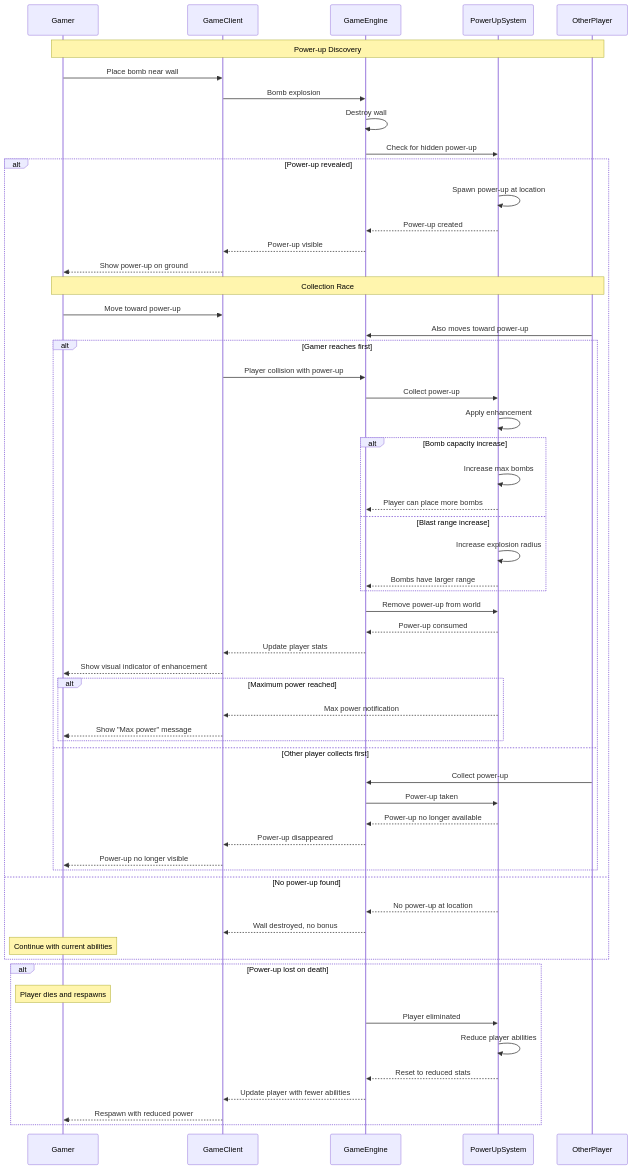
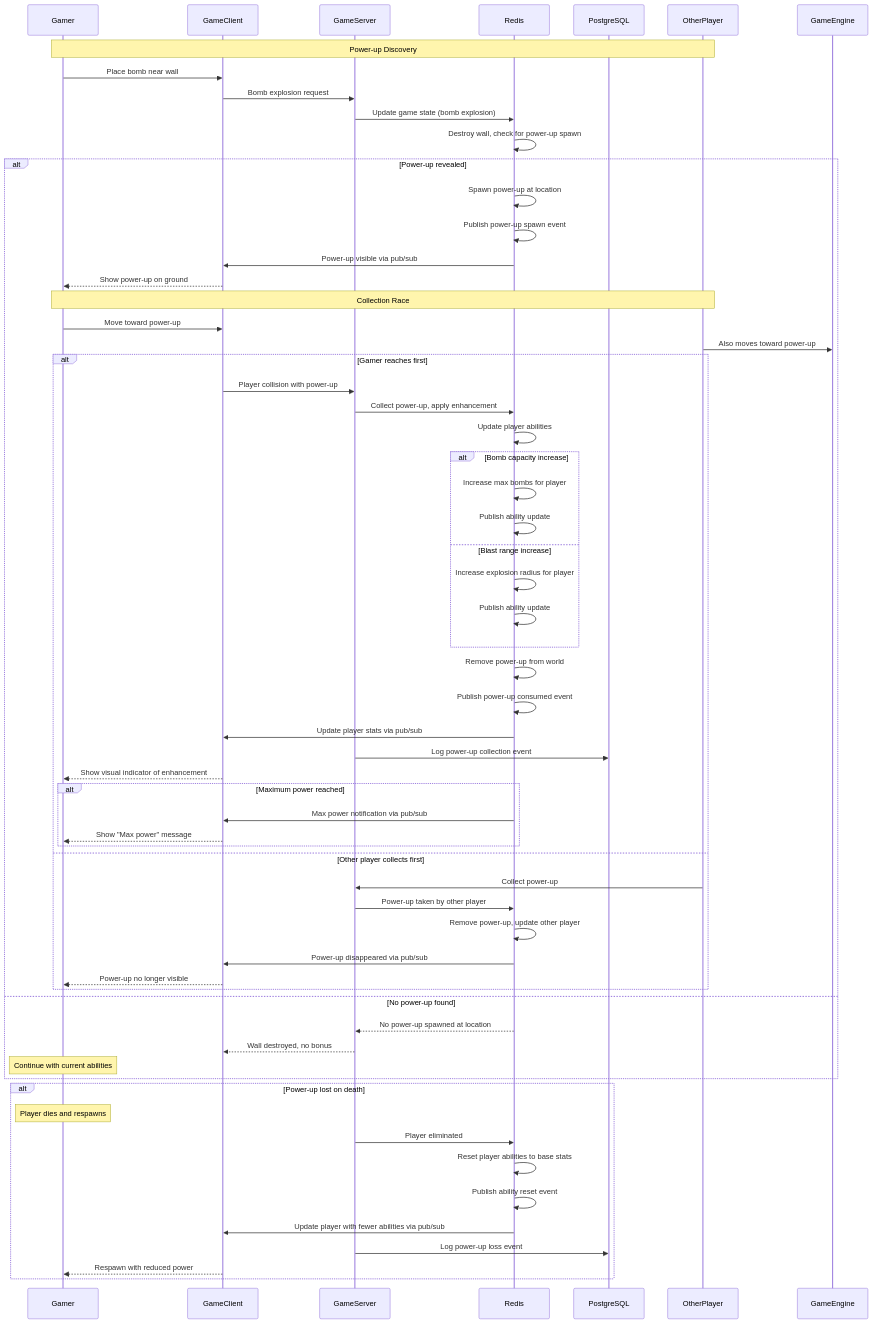
One commit to alexmakeev/bomberman changed the diagram in docs/sequence-diagrams/gamer/uc-g008-collect-power-ups.md. Above: the diagram before and after it, drawn with Mermaid. The commit also changed 25 other files, not shown here.

First line of the commit message:
Implement unified event system architecture for maximum code reuse

````diff
--- a/docs/sequence-diagrams/gamer/uc-g008-collect-power-ups.md
+++ b/docs/sequence-diagrams/gamer/uc-g008-collect-power-ups.md
@@ -3,68 +3,71 @@
 ```mermaid
 sequenceDiagram
     participant Gamer
     participant GameClient
-    participant GameEngine
-    participant PowerUpSystem
+    participant GameServer
+    participant Redis
+    participant PostgreSQL
     participant OtherPlayer
 
     Note over Gamer,OtherPlayer: Power-up Discovery
     Gamer->>GameClient: Place bomb near wall
-    GameClient->>GameEngine: Bomb explosion
-    GameEngine->>GameEngine: Destroy wall
-    GameEngine->>PowerUpSystem: Check for hidden power-up
+    GameClient->>GameServer: Bomb explosion request
+    GameServer->>Redis: Update game state (bomb explosion)
+    Redis->>Redis: Destroy wall, check for power-up spawn
     
     alt Power-up revealed
-        PowerUpSystem->>PowerUpSystem: Spawn power-up at location
-        PowerUpSystem-->>GameEngine: Power-up created
-        GameEngine-->>GameClient: Power-up visible
+        Redis->>Redis: Spawn power-up at location
+        Redis->>Redis: Publish power-up spawn event
+        Redis->>GameClient: Power-up visible via pub/sub
         GameClient-->>Gamer: Show power-up on ground
         
         Note over Gamer,OtherPlayer: Collection Race
         Gamer->>GameClient: Move toward power-up
         OtherPlayer->>GameEngine: Also moves toward power-up
         
         alt Gamer reaches first
-            GameClient->>GameEngine: Player collision with power-up
-            GameEngine->>PowerUpSystem: Collect power-up
-            PowerUpSystem->>PowerUpSystem: Apply enhancement
+            GameClient->>GameServer: Player collision with power-up
+            GameServer->>Redis: Collect power-up, apply enhancement
+            Redis->>Redis: Update player abilities
             
             alt Bomb capacity increase
-                PowerUpSystem->>PowerUpSystem: Increase max bombs
-                PowerUpSystem-->>GameEngine: Player can place more bombs
+                Redis->>Redis: Increase max bombs for player
+                Redis->>Redis: Publish ability update
             else Blast range increase
-                PowerUpSystem->>PowerUpSystem: Increase explosion radius
-                PowerUpSystem-->>GameEngine: Bombs have larger range
+                Redis->>Redis: Increase explosion radius for player
+                Redis->>Redis: Publish ability update
             end
             
-            GameEngine->>PowerUpSystem: Remove power-up from world
-            PowerUpSystem-->>GameEngine: Power-up consumed
-            GameEngine-->>GameClient: Update player stats
+            Redis->>Redis: Remove power-up from world
+            Redis->>Redis: Publish power-up consumed event
+            Redis->>GameClient: Update player stats via pub/sub
+            GameServer->>PostgreSQL: Log power-up collection event
             GameClient-->>Gamer: Show visual indicator of enhancement
             
             alt Maximum power reached
-                PowerUpSystem-->>GameClient: Max power notification
+                Redis->>GameClient: Max power notification via pub/sub
                 GameClient-->>Gamer: Show "Max power" message
             end
         else Other player collects first
-            OtherPlayer->>GameEngine: Collect power-up
-            GameEngine->>PowerUpSystem: Power-up taken
-            PowerUpSystem-->>GameEngine: Power-up no longer available
-            GameEngine-->>GameClient: Power-up disappeared
+            OtherPlayer->>GameServer: Collect power-up
+            GameServer->>Redis: Power-up taken by other player
+            Redis->>Redis: Remove power-up, update other player
+            Redis->>GameClient: Power-up disappeared via pub/sub
             GameClient-->>Gamer: Power-up no longer visible
         end
     else No power-up found
-        PowerUpSystem-->>GameEngine: No power-up at location
-        GameEngine-->>GameClient: Wall destroyed, no bonus
+        Redis-->>GameServer: No power-up spawned at location
+        GameServer-->>GameClient: Wall destroyed, no bonus
         Note over Gamer: Continue with current abilities
     end
 
     alt Power-up lost on death
         Note over Gamer: Player dies and respawns
-        GameEngine->>PowerUpSystem: Player eliminated
-        PowerUpSystem->>PowerUpSystem: Reduce player abilities
-        PowerUpSystem-->>GameEngine: Reset to reduced stats
-        GameEngine-->>GameClient: Update player with fewer abilities
+        GameServer->>Redis: Player eliminated
+        Redis->>Redis: Reset player abilities to base stats
+        Redis->>Redis: Publish ability reset event
+        Redis->>GameClient: Update player with fewer abilities via pub/sub
+        GameServer->>PostgreSQL: Log power-up loss event
         GameClient-->>Gamer: Respawn with reduced power
     end
 ```
````
